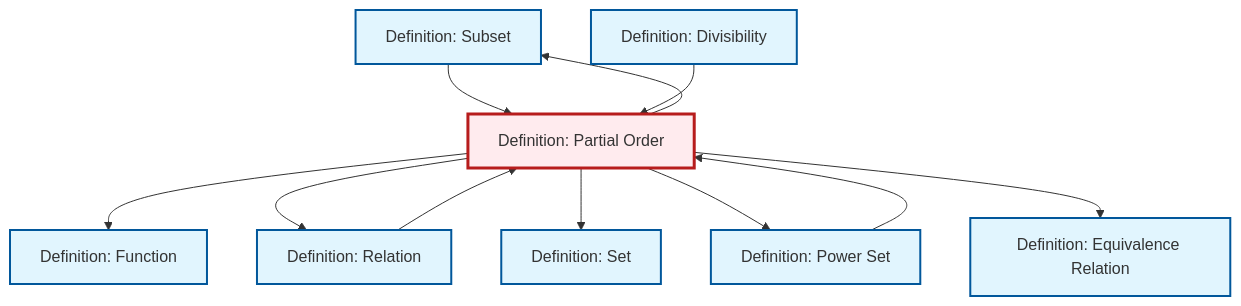
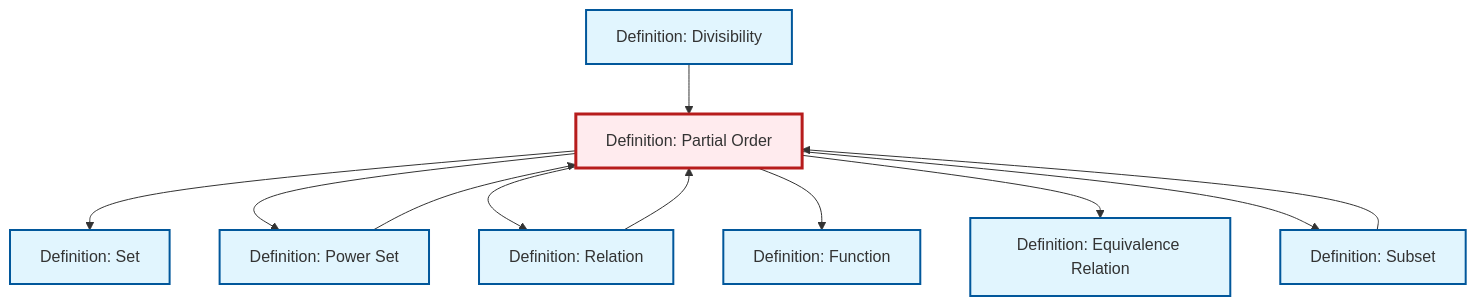
One commit to RK0429/ModernMath changed the diagram in content/en/logic-set-theory/def-partial-order.qmd. Above: the diagram before and after it, drawn with Mermaid. The commit also changed other lines of this file and 597 other files, not shown here.

````diff
--- a/content/en/logic-set-theory/def-partial-order.qmd
+++ b/content/en/logic-set-theory/def-partial-order.qmd
@@ -156,35 +156,35 @@
 ```{mermaid}
 %%| fig-cap: "Local dependency graph"
 graph TD
     classDef definition fill:#e1f5fe,stroke:#01579b,stroke-width:2px
     classDef theorem fill:#f3e5f5,stroke:#4a148c,stroke-width:2px
     classDef axiom fill:#fff3e0,stroke:#e65100,stroke-width:2px
     classDef example fill:#e8f5e9,stroke:#1b5e20,stroke-width:2px
     classDef current fill:#ffebee,stroke:#b71c1c,stroke-width:3px
+    def-partial-order["Definition: Partial Order"]:::definition
+    def-subset["Definition: Subset"]:::definition
+    def-equivalence-relation["Definition: Equivalence Relation"]:::definition
     def-function["Definition: Function"]:::definition
-    def-subset["Definition: Subset"]:::definition
+    def-set["Definition: Set"]:::definition
+    def-power-set["Definition: Power Set"]:::definition
     def-divisibility["Definition: Divisibility"]:::definition
-    def-equivalence-relation["Definition: Equivalence Relation"]:::definition
-    def-partial-order["Definition: Partial Order"]:::definition
-    def-power-set["Definition: Power Set"]:::definition
     def-relation["Definition: Relation"]:::definition
-    def-set["Definition: Set"]:::definition
+    def-divisibility --> def-partial-order
+    def-relation --> def-partial-order
+    def-partial-order --> def-set
+    def-power-set --> def-partial-order
+    def-partial-order --> def-power-set
+    def-partial-order --> def-relation
     def-partial-order --> def-function
-    def-partial-order --> def-relation
-    def-relation --> def-partial-order
+    def-partial-order --> def-equivalence-relation
     def-subset --> def-partial-order
     def-partial-order --> def-subset
-    def-divisibility --> def-partial-order
-    def-power-set --> def-partial-order
-    def-partial-order --> def-set
-    def-partial-order --> def-power-set
-    def-partial-order --> def-equivalence-relation
     class def-partial-order current
+    click def-subset "def-subset.html" "Go to Subset definition"
+    click def-equivalence-relation "def-equivalence-relation.html" "Go to Equivalence Relation definition"
     click def-function "def-function.html" "Go to Function definition"
-    click def-subset "def-subset.html" "Go to Subset definition"
+    click def-set "def-set.html" "Go to Set definition"
+    click def-power-set "def-power-set.html" "Go to Power Set definition"
     click def-divisibility "def-divisibility.html" "Go to Divisibility definition"
-    click def-equivalence-relation "def-equivalence-relation.html" "Go to Equivalence Relation definition"
-    click def-power-set "def-power-set.html" "Go to Power Set definition"
     click def-relation "def-relation.html" "Go to Relation definition"
-    click def-set "def-set.html" "Go to Set definition"
 ```
````
